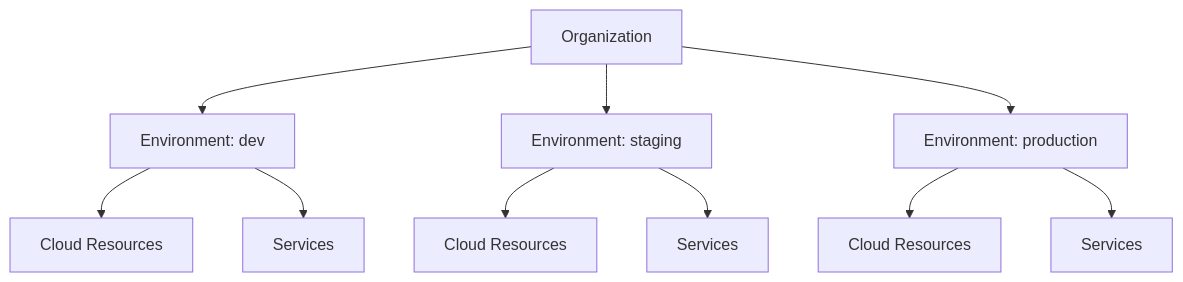
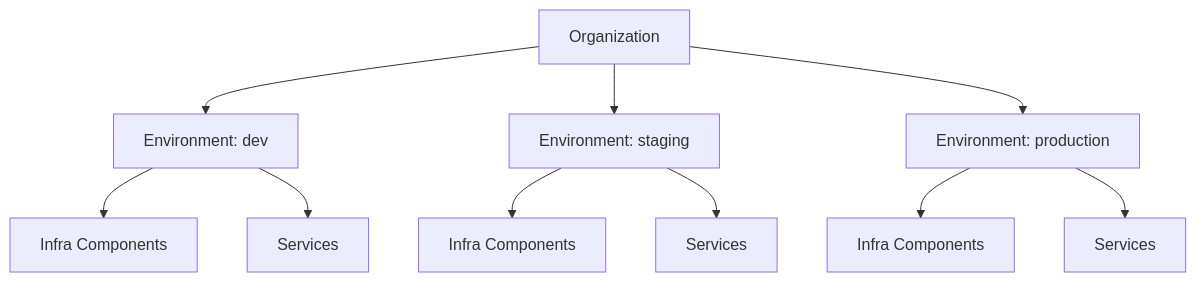
One commit to plantonhq/planton changed the second of 2 diagrams in site/public/docs/security/authentication-and-authorization.md. Above: the diagram before and after it, drawn with Mermaid. The commit also changed other lines of this file and 19058 other files, not shown here.

````diff
--- a/site/public/docs/security/authentication-and-authorization.md
+++ b/site/public/docs/security/authentication-and-authorization.md
@@ -197,12 +197,12 @@
 ```mermaid
 graph TD
     Org[Organization] --> Env1[Environment: dev]
     Org --> Env2[Environment: staging]
     Org --> Env3[Environment: production]
-    Env1 --> CR1[Cloud Resources]
+    Env1 --> CR1[Infra Components]
     Env1 --> S1[Services]
-    Env2 --> CR2[Cloud Resources]
+    Env2 --> CR2[Infra Components]
     Env2 --> S2[Services]
-    Env3 --> CR3[Cloud Resources]
+    Env3 --> CR3[Infra Components]
     Env3 --> S3[Services]
 ```
````
